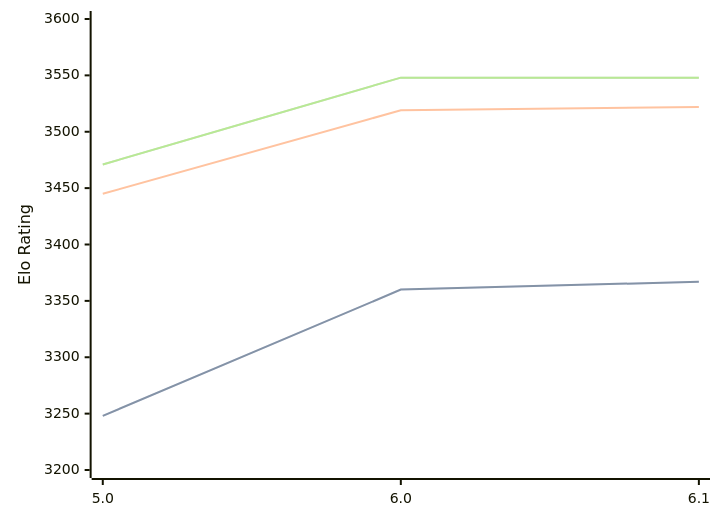
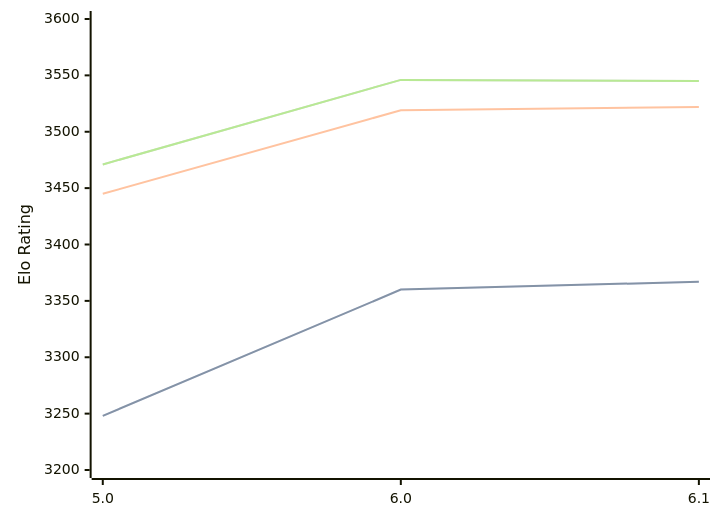
Before and after one commit to computer-chess-index/cci: the diagram in engines/Starzix.md, drawn with Mermaid. The commit also changed other lines of this file, not shown here.

Commit message:
Update CCI Ratings (ELO VLTC) - 2026-03-11

````diff
--- a/engines/Starzix.md
+++ b/engines/Starzix.md
@@ -35,11 +35,11 @@
 ```mermaid
 %%{init: {"theme":"base","themeVariables":{"seriesColors:['#a3a3a3','#222221','#faa371']}}}%%
 xychart-beta
   x-axis ["5.0", "6.0", "6.1"]
   y-axis "Elo Rating" 3200 --> 3600
   line "STC (8.0+0.08s)" [3248, 3360, 3367]
   line "STC (8.0+0.08s)" [3248, 3360, 3367]
   line "LTC (60.0+0.60s)" [3445, 3519, 3522]
-  line "VLTC (2m24s+1.12s)" [3471, 3548, 3548]
-  line "VLTC (2m24s+1.12s)" [3471, 3548, 3548]
+  line "VLTC (2m24s+1.12s)" [3471, 3546, 3545]
+  line "VLTC (2m24s+1.12s)" [3471, 3546, 3545]
 ```
````
